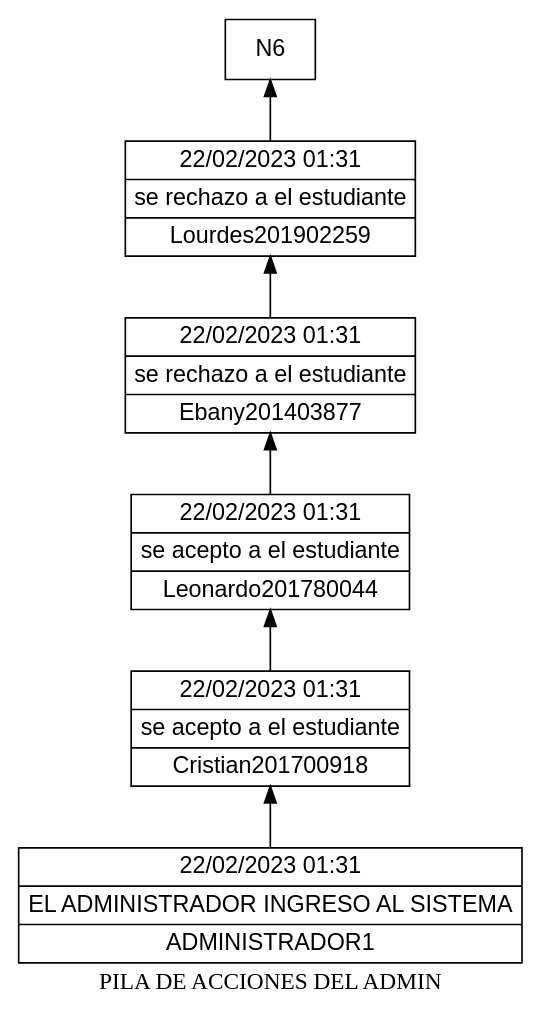
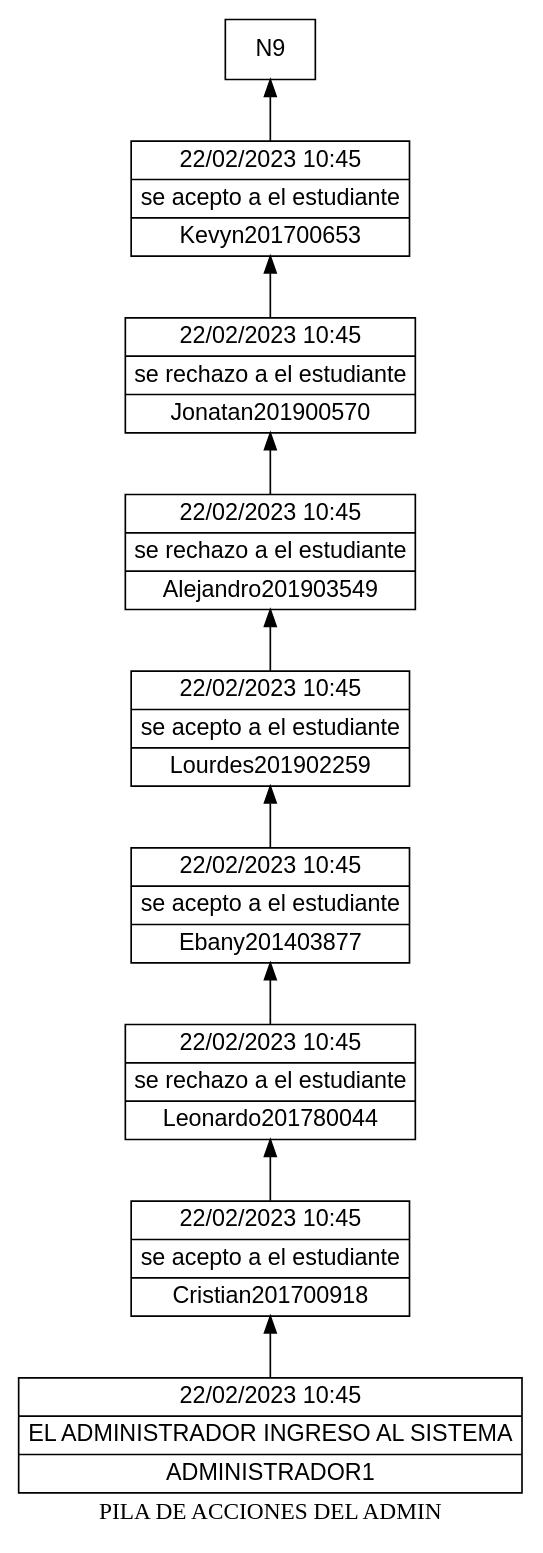
Before and after one commit to Nahomi-Aparicio/EDD_1S2023_PY_202113293_F1: the diagram in EDD_Proyecto1_Fase1/pila.dot, drawn with Graphviz. The commit also changed 8 other files, not shown here.

```diff
--- a/EDD_Proyecto1_Fase1/pila.dot
+++ b/EDD_Proyecto1_Fase1/pila.dot
@@ -1,16 +1,22 @@
 digraph G {
 rankdir=BT;
 node [shape=box];
 node [shape=record fontname=Arial]
 label = "PILA DE ACCIONES DEL ADMIN";
-N5[label="{22/02/2023      01:31     |se rechazo a el estudiante|Lourdes201902259}"];
+N8[label="{22/02/2023      10:45     |se acepto a el estudiante|Kevyn201700653}"];
 N1->N2;
-N4[label="{22/02/2023      01:31     |se rechazo a el estudiante|Ebany201403877}"];
+N7[label="{22/02/2023      10:45     |se rechazo a el estudiante|Jonatan201900570}"];
 N2->N3;
-N3[label="{22/02/2023      01:31     |se acepto a el estudiante|Leonardo201780044}"];
+N6[label="{22/02/2023      10:45     |se rechazo a el estudiante|Alejandro201903549}"];
 N3->N4;
-N2[label="{22/02/2023      01:31     |se acepto a el estudiante|Cristian201700918}"];
+N5[label="{22/02/2023      10:45     |se acepto a el estudiante|Lourdes201902259}"];
 N4->N5;
-N1[label="{22/02/2023      01:31     |EL ADMINISTRADOR INGRESO AL SISTEMA|ADMINISTRADOR1}"];
+N4[label="{22/02/2023      10:45     |se acepto a el estudiante|Ebany201403877}"];
 N5->N6;
+N3[label="{22/02/2023      10:45     |se rechazo a el estudiante|Leonardo201780044}"];
+N6->N7;
+N2[label="{22/02/2023      10:45     |se acepto a el estudiante|Cristian201700918}"];
+N7->N8;
+N1[label="{22/02/2023      10:45     |EL ADMINISTRADOR INGRESO AL SISTEMA|ADMINISTRADOR1}"];
+N8->N9;
 }
```
